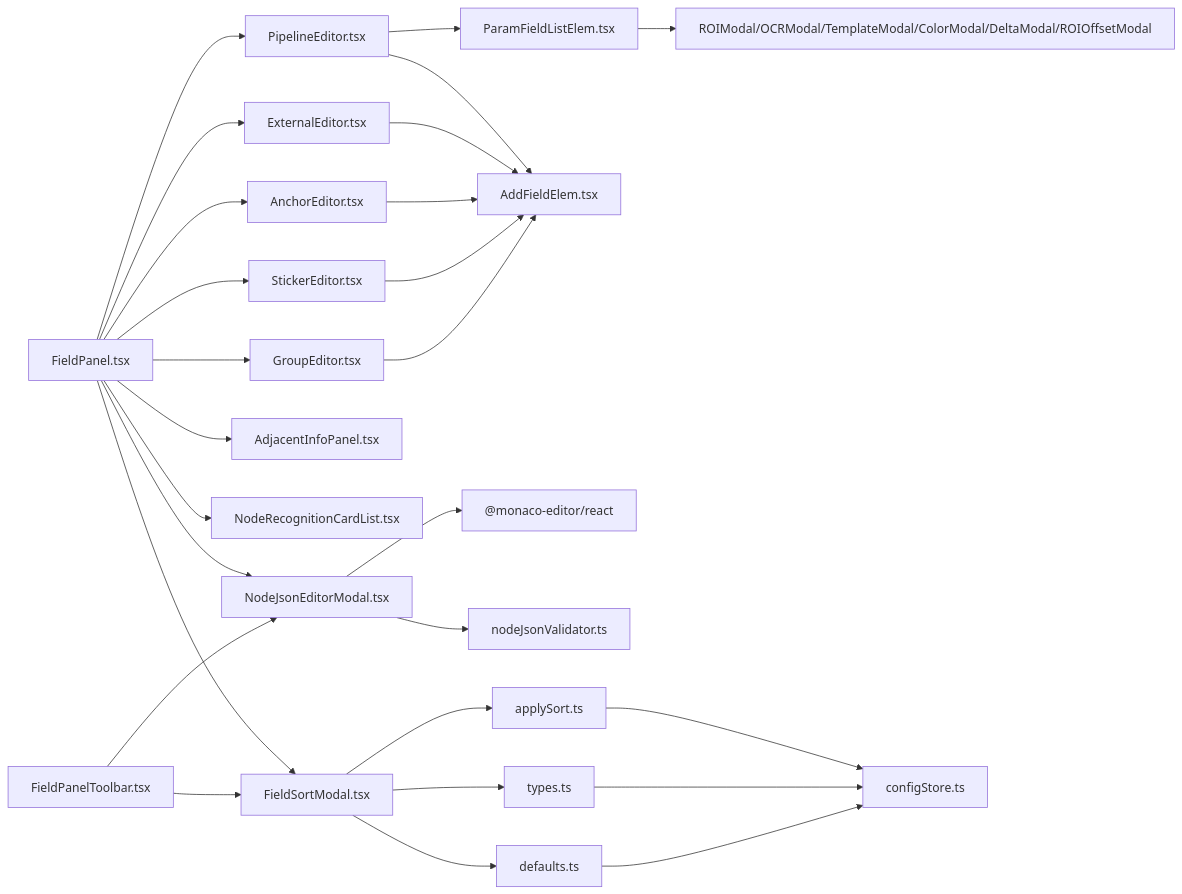
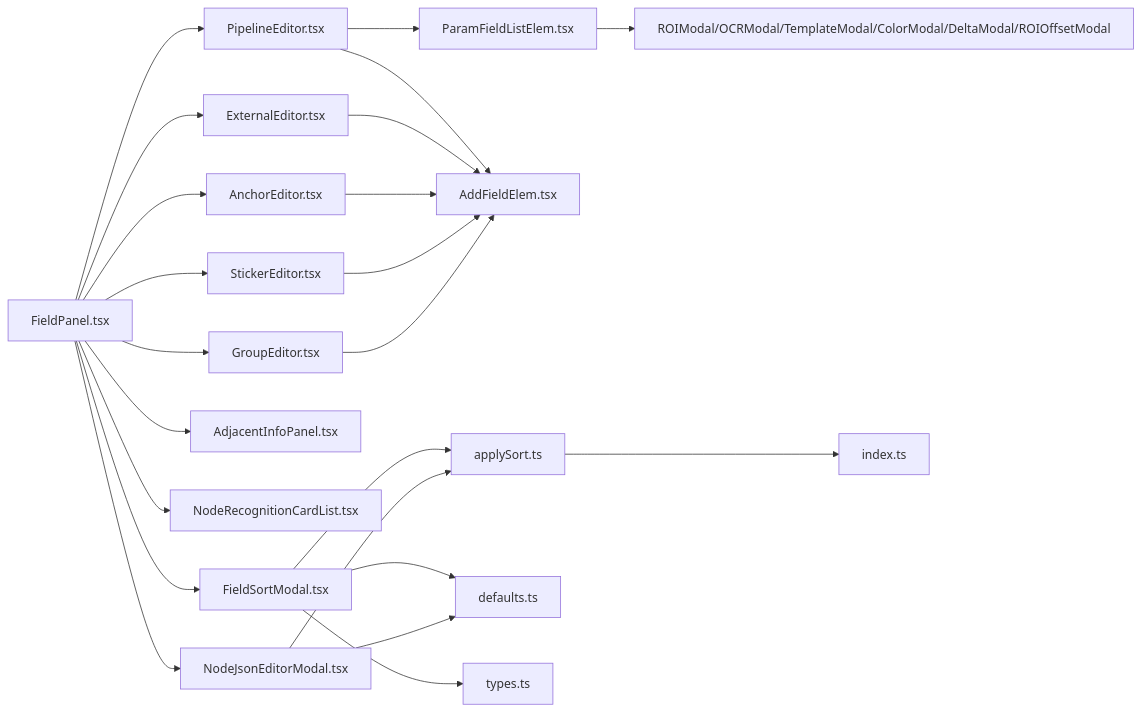
One commit to kqcoxn/MaaPipelineEditor changed the seventh of 7 diagrams in .qoder/repowiki/zh/content/用户界面/面板系统/字段面板.md. Above: the diagram before and after it, drawn with Mermaid. The commit also changed other lines of this file and 50 other files, not shown here.

````diff
--- a/.qoder/repowiki/zh/content/用户界面/面板系统/字段面板.md
+++ b/.qoder/repowiki/zh/content/用户界面/面板系统/字段面板.md
@@ -545,29 +494,25 @@
 ```mermaid
 graph LR
 FP["FieldPanel.tsx"] --> PE["PipelineEditor.tsx"]
 FP --> EE["ExternalEditor.tsx"]
 FP --> AE2["AnchorEditor.tsx"]
 FP --> SE["StickerEditor.tsx"]
 FP --> GE["GroupEditor.tsx"]
 FP --> Adj["AdjacentInfoPanel.tsx"]
 FP --> NRCL["NodeRecognitionCardList.tsx"]
-FP --> JSONModal["NodeJsonEditorModal.tsx"]
-FP --> FSModal["FieldSortModal.tsx"]
-TBar["FieldPanelToolbar.tsx"] --> JSONModal
-TBar --> FSModal
+FP --> FSM["FieldSortModal.tsx"]
+FP --> NJEM["NodeJsonEditorModal.tsx"]
 PE --> PFLE["ParamFieldListElem.tsx"]
 PE --> AE["AddFieldElem.tsx"]
 EE --> AE
 AE2 --> AE
 SE --> AE
 GE --> AE
 PFLE --> Modals["ROIModal/OCRModal/TemplateModal/ColorModal/DeltaModal/ROIOffsetModal"]
-JSONModal --> Monaco["@monaco-editor/react"]
-JSONModal --> Validator["nodeJsonValidator.ts"]
-FSModal --> SortCore["applySort.ts"]
-FSModal --> SortTypes["types.ts"]
-FSModal --> SortDefaults["defaults.ts"]
-SortCore --> ConfigStore["configStore.ts"]
-SortTypes --> ConfigStore
-SortDefaults --> ConfigStore
+FSM --> AS["applySort.ts"]
+FSM --> DF["defaults.ts"]
+FSM --> TS["types.ts"]
+NJEM --> AS
+NJEM --> DF
+AS --> IDX["index.ts"]
 ```
````
